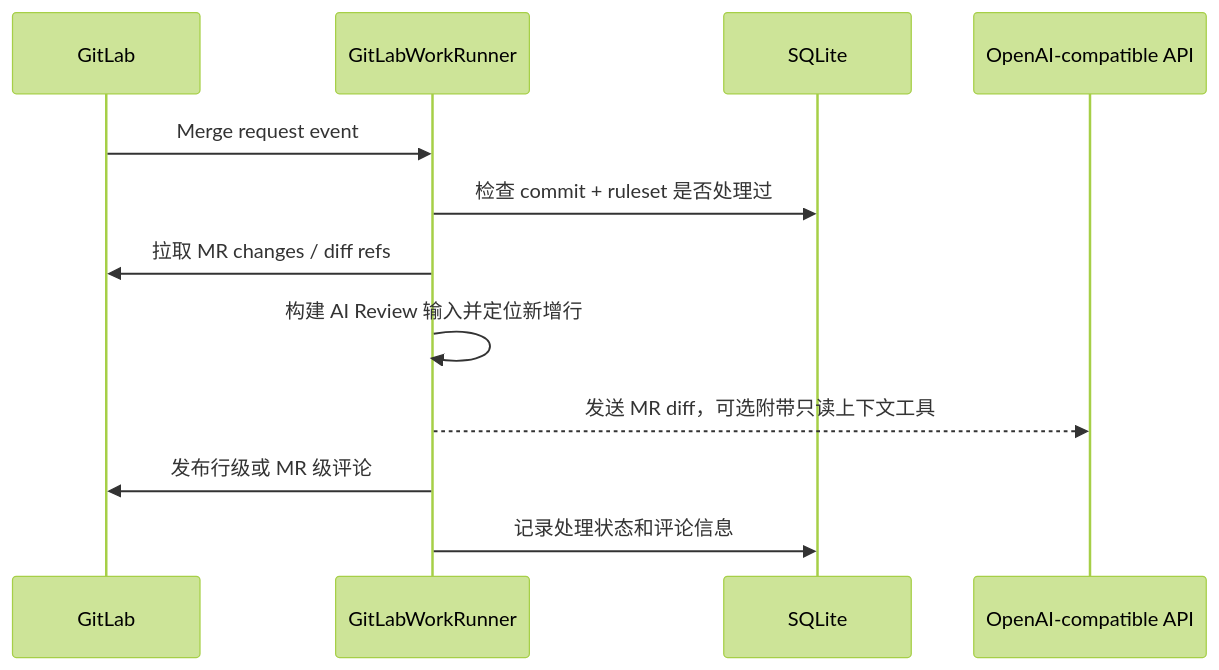
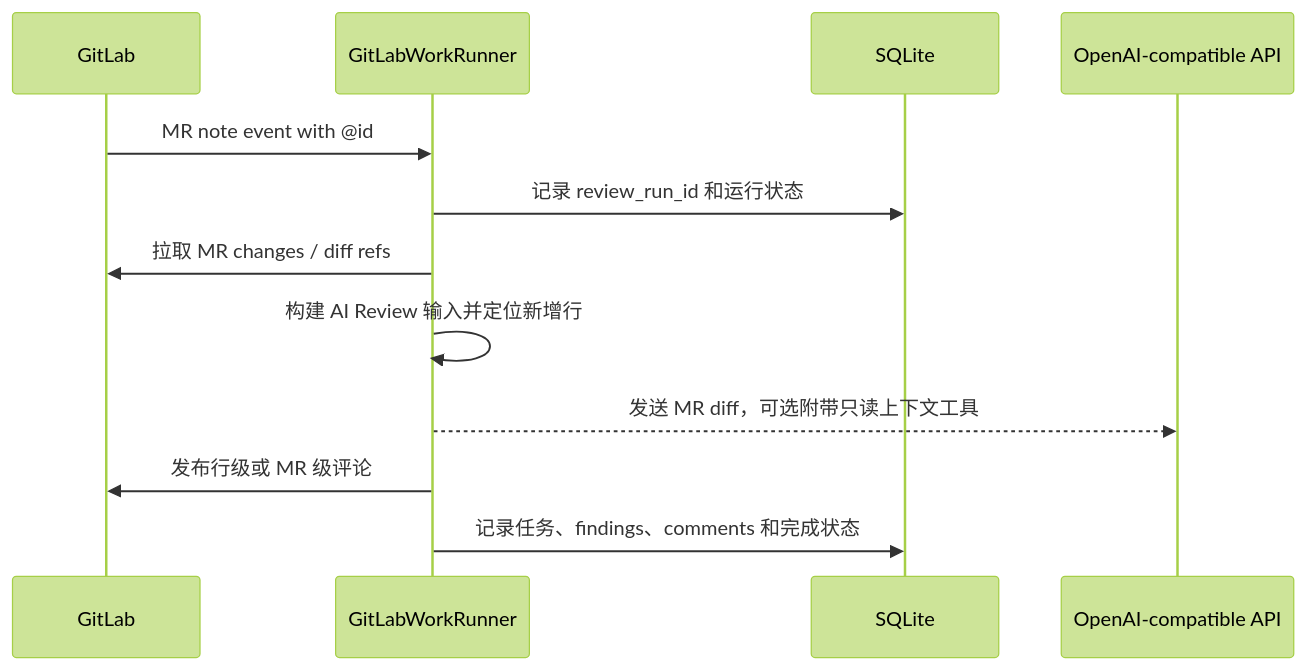
Before and after one commit to SwartzMss/GitLabWorkRunner: the second of 2 diagrams in README.md, drawn with Mermaid (forest theme). The commit also changed other lines of this file and 12 other files, not shown here.

Commit message:
Add manual review run statistics

````diff
--- a/README.md
+++ b/README.md
@@ -26,15 +26,15 @@
 ```mermaid
 sequenceDiagram
     participant GitLab
     participant Runner as GitLabWorkRunner
     participant DB as SQLite
     participant AI as OpenAI-compatible API
 
-    GitLab->>Runner: Merge request event
-    Runner->>DB: 检查 commit + ruleset 是否处理过
+    GitLab->>Runner: MR note event with @id
+    Runner->>DB: 记录 review_run_id 和运行状态
     Runner->>GitLab: 拉取 MR changes / diff refs
     Runner->>Runner: 构建 AI Review 输入并定位新增行
     Runner-->>AI: 发送 MR diff，可选附带只读上下文工具
     Runner->>GitLab: 发布行级或 MR 级评论
-    Runner->>DB: 记录处理状态和评论信息
+    Runner->>DB: 记录任务、findings、comments 和完成状态
 ```
````
